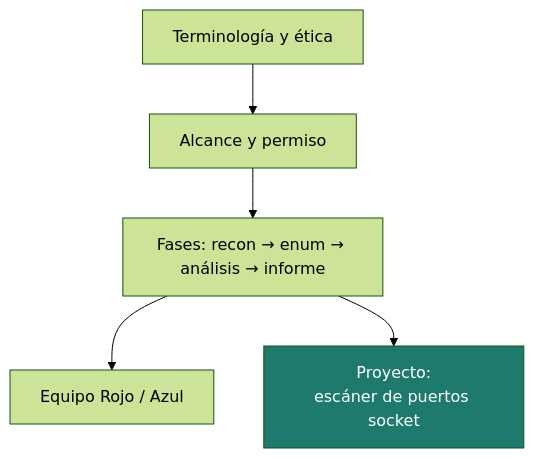
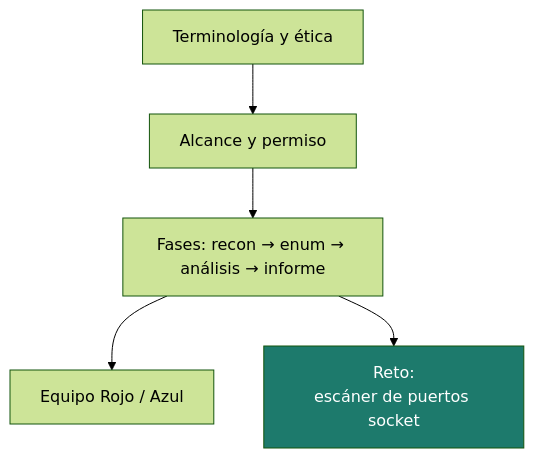
Before and after one commit to campusdevfp/cybersec2627: the first of 2 diagrams in docs/ud5/index.md, drawn with Mermaid (forest theme). The commit also changed other lines of this file and 16 other files, not shown here.

````diff
--- a/docs/ud5/index.md
+++ b/docs/ud5/index.md
@@ -18,8 +18,8 @@
 ```mermaid
 flowchart TB
     A[Terminología y ética] --> B[Alcance y permiso]
     B --> C[Fases: recon → enum → análisis → informe]
     C --> D[Equipo Rojo / Azul]
-    C --> P[Proyecto:<br/>escáner de puertos socket]
+    C --> P[Reto:<br/>escáner de puertos socket]
     style P fill:#1d7a6c,color:#fff
 ```
````
